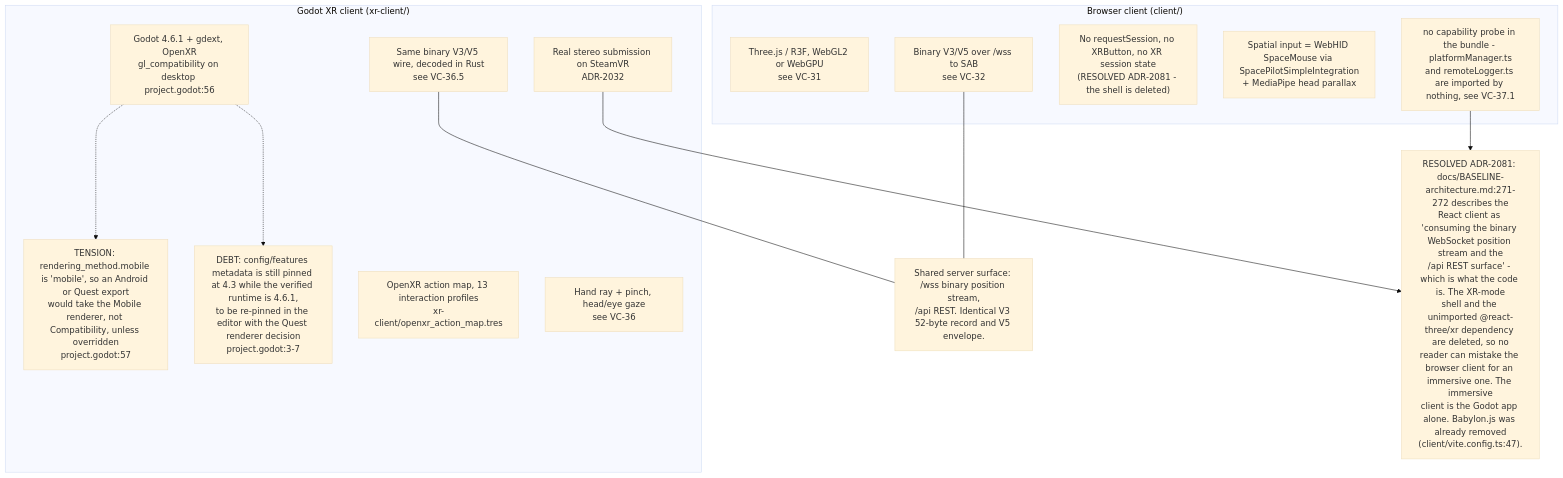
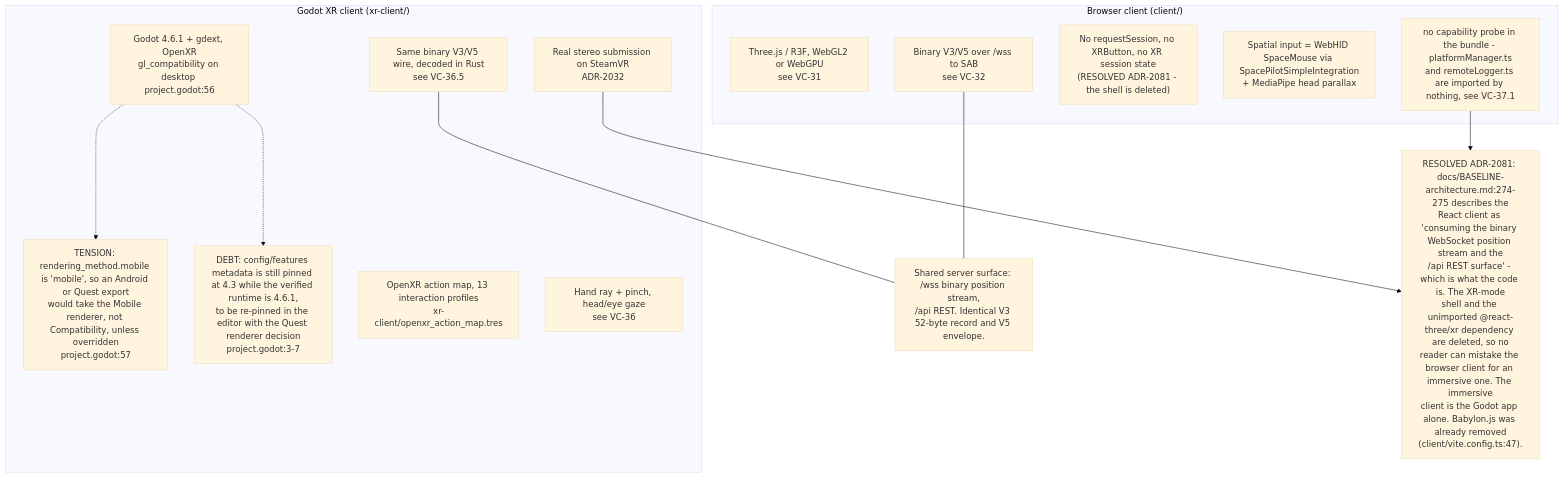
Before and after one commit to DreamLab-AI/VisionFlow: the eighth of 11 diagrams in docs/diagrams/visionclaw/37-browser-xr-and-desktop-input.md, drawn with Mermaid (base theme). The commit also changed other lines of this file and 56 other files, not shown here.

First line of the commit message:
docs(diagrams): re-verify VisionClaw topics at ec785afa9, add VC-19/56/57 and the VisionClaw register

````diff
--- a/docs/diagrams/visionclaw/37-browser-xr-and-desktop-input.md
+++ b/docs/diagrams/visionclaw/37-browser-xr-and-desktop-input.md
@@ -375,26 +383,26 @@
 ```mermaid
 flowchart TB
     subgraph br["Browser client (client/)"]
         B1["Three.js / R3F, WebGL2 or WebGPU<br/>see VC-31"]
         B2["no capability probe in the bundle - platformManager.ts<br/>and remoteLogger.ts are imported by nothing, see VC-37.1"]
         B3["No requestSession, no XRButton, no XR session state<br/>(RESOLVED ADR-2081 - the shell is deleted)"]
         B4["Spatial input = WebHID SpaceMouse via SpacePilotSimpleIntegration<br/>+ MediaPipe head parallax"]
         B5["Binary V3/V5 over /wss to SAB<br/>see VC-32"]
     end
     subgraph gd["Godot XR client (xr-client/)"]
         G1["Godot 4.6.1 + gdext, OpenXR<br/>gl_compatibility on desktop project.godot:56"]
         G1M["TENSION: rendering_method.mobile is 'mobile', so an Android or Quest export<br/>would take the Mobile renderer, not Compatibility, unless overridden<br/>project.godot:57"]
         G1D["DEBT: config/features metadata is still pinned at 4.3 while the verified runtime is 4.6.1,<br/>to be re-pinned in the editor with the Quest renderer decision<br/>project.godot:3-7"]
         G1 -.-> G1D
         G1 -.-> G1M
         G2["Real stereo submission on SteamVR<br/>ADR-2032"]
         G3["OpenXR action map, 13 interaction profiles<br/>xr-client/openxr_action_map.tres"]
         G4["Hand ray + pinch, head/eye gaze<br/>see VC-36"]
         G5["Same binary V3/V5 wire, decoded in Rust<br/>see VC-36.5"]
     end
     B5 --- SHARED["Shared server surface: /wss binary position stream,<br/>/api REST. Identical V3 52-byte record and V5 envelope."]
     G5 --- SHARED
     B2 --> DIV
     G2 --> DIV
-    DIV["RESOLVED ADR-2081: docs/BASELINE-architecture.md:271-272 describes the<br/>React client as 'consuming the binary WebSocket position stream and the<br/>/api REST surface' - which is what the code is. The XR-mode<br/>shell and the unimported @react-three/xr dependency are deleted, so no<br/>reader can mistake the browser client for an immersive one. The immersive<br/>client is the Godot app alone. Babylon.js was already removed<br/>(client/vite.config.ts:47)."]
+    DIV["RESOLVED ADR-2081: docs/BASELINE-architecture.md:274-275 describes the<br/>React client as 'consuming the binary WebSocket position stream and the<br/>/api REST surface' - which is what the code is. The XR-mode<br/>shell and the unimported @react-three/xr dependency are deleted, so no<br/>reader can mistake the browser client for an immersive one. The immersive<br/>client is the Godot app alone. Babylon.js was already removed<br/>(client/vite.config.ts:47)."]
 ```
````
